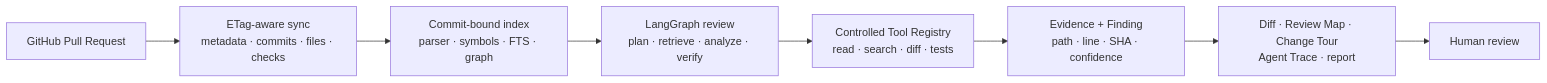
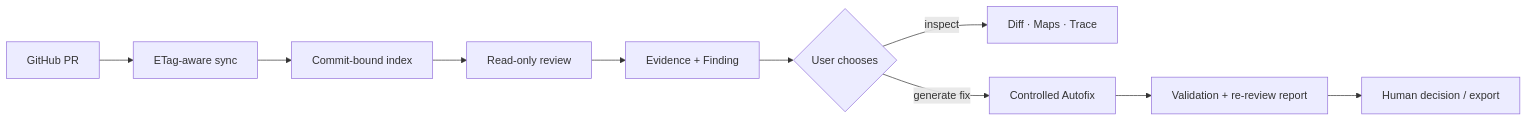
The first of 4 diagrams in README.md (Chloiris/TraceGate-Eval), drawn with Mermaid before and after one commit. The commit also changed other lines of this file and 30 other files, not shown here.

Commit message:
docs: present verified Autofix architecture and evidence

````diff
--- a/README.md
+++ b/README.md
@@ -50,10 +56,12 @@
 ```mermaid
 flowchart LR
-  PR["GitHub Pull Request"] --> SYNC["ETag-aware sync<br/>metadata · commits · files · checks"]
-  SYNC --> INDEX["Commit-bound index<br/>parser · symbols · FTS · graph"]
-  INDEX --> AGENT["LangGraph review<br/>plan · retrieve · analyze · verify"]
-  AGENT --> TOOLS["Controlled Tool Registry<br/>read · search · diff · tests"]
-  TOOLS --> EVIDENCE["Evidence + Finding<br/>path · line · SHA · confidence"]
-  EVIDENCE --> UX["Diff · Review Map · Change Tour<br/>Agent Trace · report"]
-  UX --> HUMAN["Human review"]
+  PR["GitHub PR"] --> SYNC["ETag-aware sync"]
+  SYNC --> INDEX["Commit-bound index"]
+  INDEX --> REVIEW["Read-only review"]
+  REVIEW --> FINDING["Evidence + Finding"]
+  FINDING --> DECIDE{"User chooses"}
+  DECIDE -->|"inspect"| MAPS["Diff · Maps · Trace"]
+  DECIDE -->|"generate fix"| FIX["Controlled Autofix"]
+  FIX --> REPORT["Validation + re-review report"]
+  REPORT --> HUMAN["Human decision / export"]
 ```
````
